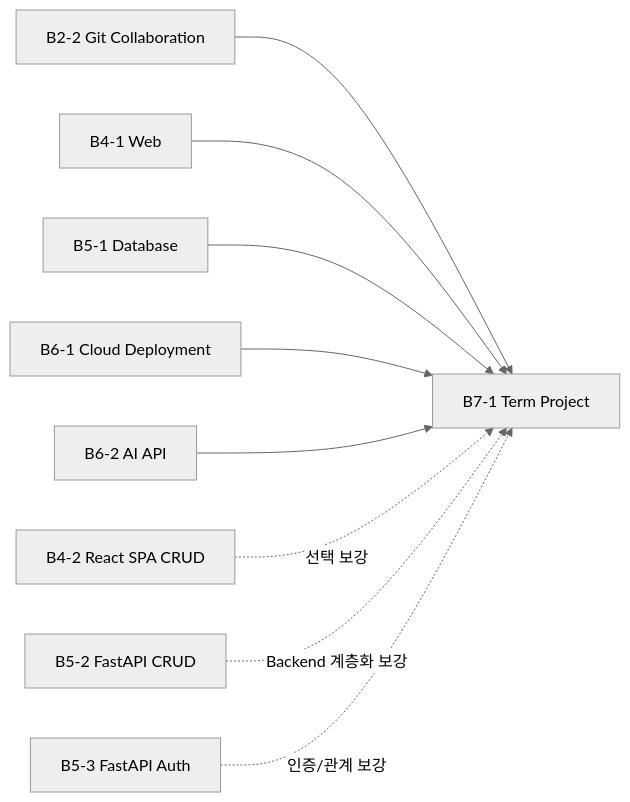
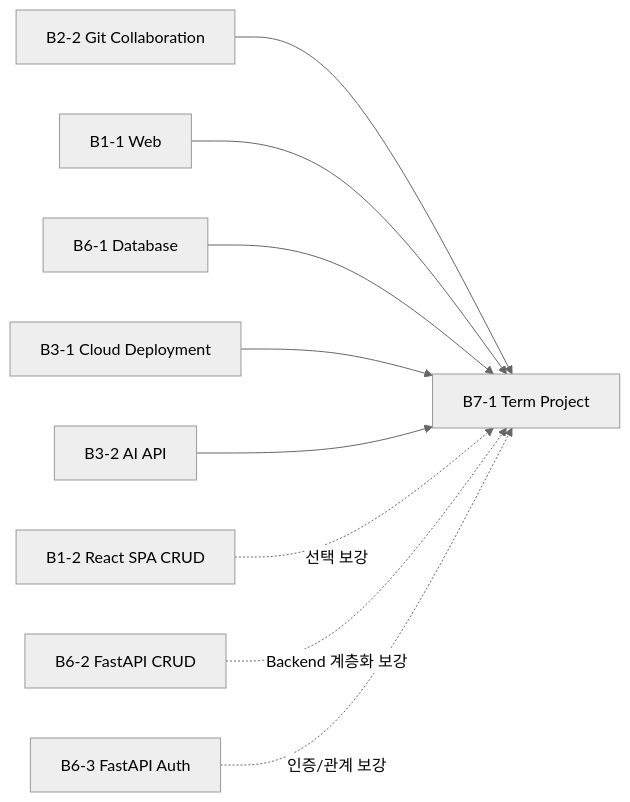
The second of 3 diagrams in training/round-01-clear/MISSION-DEPENDENCY-MAP.md (MetaStudy999/codyssey-basic), drawn with Mermaid (neutral theme) before and after one commit. The commit also changed other lines of this file and 8 other files, not shown here.

````diff
--- a/training/round-01-clear/MISSION-DEPENDENCY-MAP.md
+++ b/training/round-01-clear/MISSION-DEPENDENCY-MAP.md
@@ -120,12 +104,12 @@
 ```mermaid
 flowchart LR
     B22[B2-2 Git Collaboration] --> B71[B7-1 Term Project]
-    B41[B4-1 Web] --> B71
-    B51[B5-1 Database] --> B71
-    B61[B6-1 Cloud Deployment] --> B71
-    B62[B6-2 AI API] --> B71
+    B11[B1-1 Web] --> B71
+    B61[B6-1 Database] --> B71
+    B31[B3-1 Cloud Deployment] --> B71
+    B32[B3-2 AI API] --> B71
 
-    B42[B4-2 React SPA CRUD] -. 선택 보강 .-> B71
-    B52[B5-2 FastAPI CRUD] -. Backend 계층화 보강 .-> B71
-    B53[B5-3 FastAPI Auth] -. 인증/관계 보강 .-> B71
+    B12[B1-2 React SPA CRUD] -. 선택 보강 .-> B71
+    B62[B6-2 FastAPI CRUD] -. Backend 계층화 보강 .-> B71
+    B63[B6-3 FastAPI Auth] -. 인증/관계 보강 .-> B71
 ```
````
